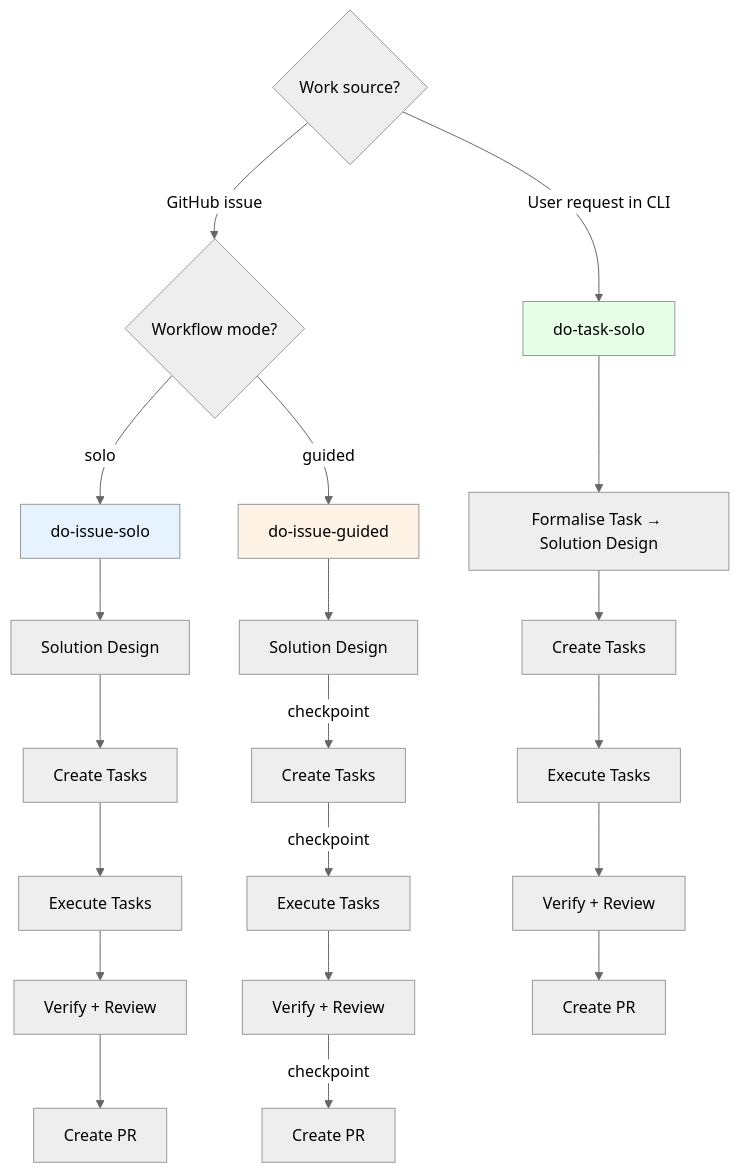
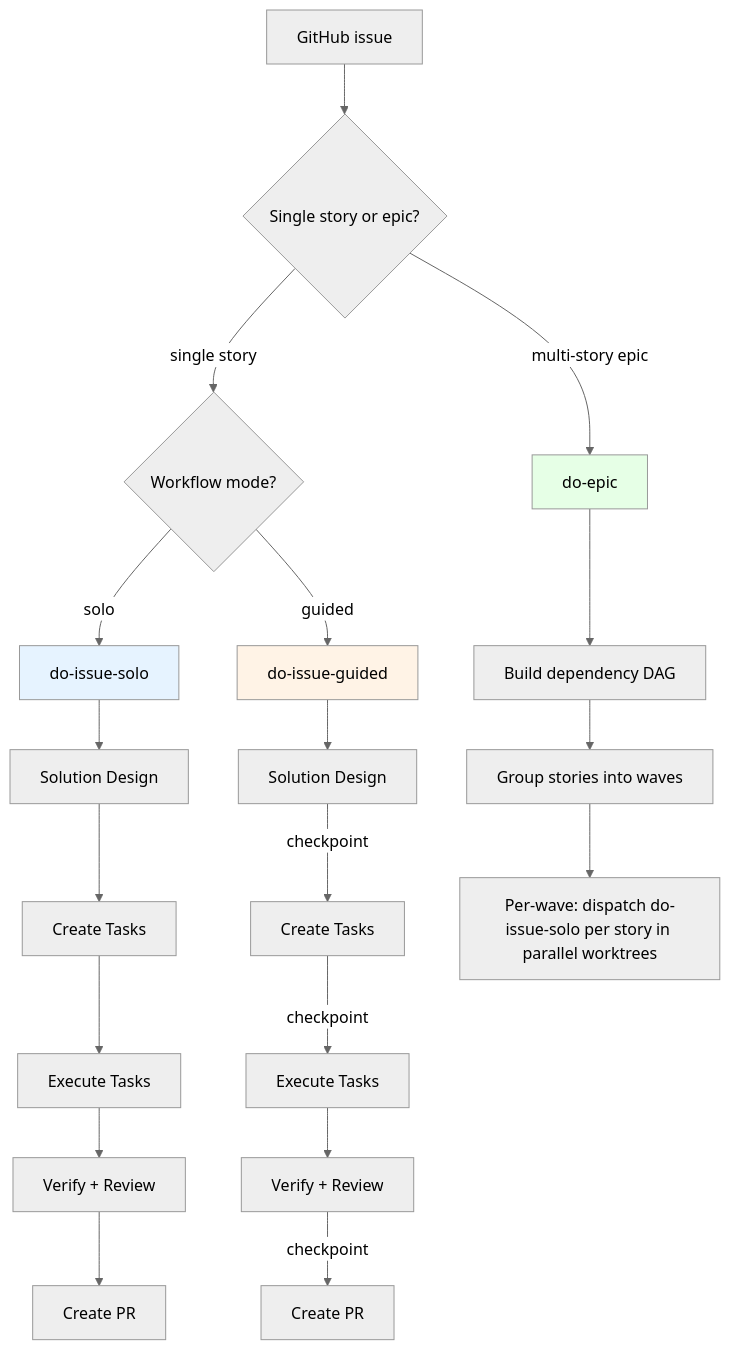
The second of 2 diagrams in docs/architecture.md (thermiteau/maverick), drawn with Mermaid (neutral theme) before and after one commit. The commit also changed other lines of this file and 24 other files, not shown here.

````diff
--- a/docs/architecture.md
+++ b/docs/architecture.md
@@ -68,32 +68,32 @@
 ```mermaid
 flowchart TD
-    SOURCE{"Work source?"}
+    SOURCE["GitHub issue"]
 
-    SOURCE -->|"GitHub issue"| ISSUEMODE{"Workflow mode?"}
-    SOURCE -->|"User request in CLI"| TASK["do-task-solo"]
+    SOURCE --> SHAPE{"Single story or epic?"}
+
+    SHAPE -->|"single story"| ISSUEMODE{"Workflow mode?"}
+    SHAPE -->|"multi-story epic"| EPIC["do-epic"]
 
     ISSUEMODE -->|"solo"| SOLO["do-issue-solo"]
     ISSUEMODE -->|"guided"| GUIDED["do-issue-guided"]
 
     SOLO --> SD1["Solution Design"]
     SD1 --> CT1["Create Tasks"]
     CT1 --> EXEC1["Execute Tasks"]
     EXEC1 --> VERIFY1["Verify + Review"]
     VERIFY1 --> PR1["Create PR"]
 
     GUIDED --> SD2["Solution Design"]
     SD2 -->|"checkpoint"| CT2["Create Tasks"]
     CT2 -->|"checkpoint"| EXEC2["Execute Tasks"]
     EXEC2 --> VERIFY2["Verify + Review"]
     VERIFY2 -->|"checkpoint"| PR2["Create PR"]
 
-    TASK --> SD3["Formalise Task → Solution Design"]
-    SD3 --> CT3["Create Tasks"]
-    CT3 --> EXEC3["Execute Tasks"]
-    EXEC3 --> VERIFY3["Verify + Review"]
-    VERIFY3 --> PR3["Create PR"]
+    EPIC --> DAG["Build dependency DAG"]
+    DAG --> WAVES["Group stories into waves"]
+    WAVES --> PARALLEL["Per-wave: dispatch do-issue-solo per story in parallel worktrees"]
 
     style SOLO fill:#e6f3ff
     style GUIDED fill:#fff3e6
-    style TASK fill:#e6ffe6
+    style EPIC fill:#e6ffe6
 ```
````
